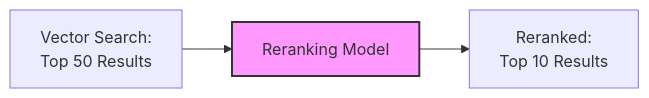
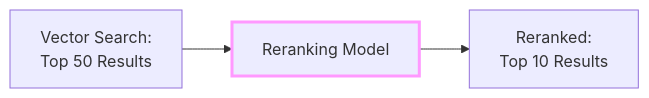
Before and after one commit to Shaddix/mostlylucidweb: the fourth of 9 diagrams in Mostlylucid/Markdown/rag-primer.md, drawn with Mermaid. The commit also changed other lines of this file and 7 other files, not shown here.

````diff
--- a/Mostlylucid/Markdown/rag-primer.md
+++ b/Mostlylucid/Markdown/rag-primer.md
@@ -419,7 +475,7 @@
 ```mermaid
 flowchart LR
     A[Vector Search:<br/>Top 50 Results] --> B[Reranking Model]
     B --> C[Reranked:<br/>Top 10 Results]
 
-    style B fill:#f9f,stroke:#333,stroke-width:2px
+    style B stroke:#f9f,stroke-width:3px
 ```
````
